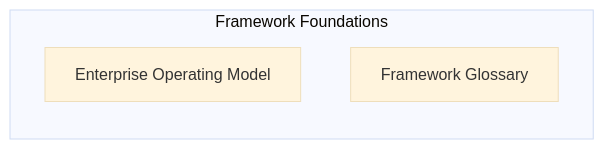
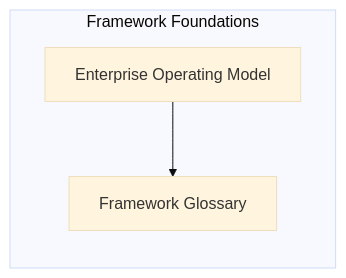
One commit to somerwalker/transformation-operating-framework changed the second of 2 diagrams in README.md. Above: the diagram before and after it, drawn with Mermaid (base theme). The commit also changed other lines of this file, not shown here.

````diff
--- a/README.md
+++ b/README.md
@@ -73,9 +76,10 @@
 ```mermaid
 flowchart LR
 
 subgraph Framework Foundations
 A[Enterprise Operating Model]
 B[Framework Glossary]
+A --> B
 end
 
 ```
````
